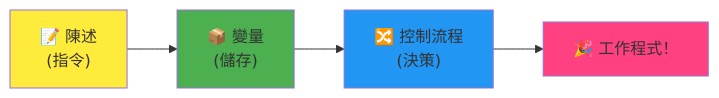
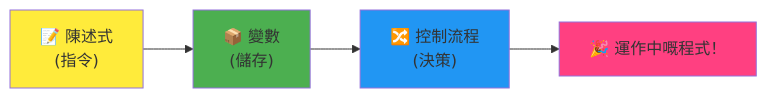
The fourth of 7 diagrams in translations/zh-HK/1-getting-started-lessons/1-intro-to-programming-languages/README.md (microsoft/Web-Dev-For-Beginners), drawn with Mermaid before and after one commit. The commit also changed other lines of this file and 11 other files, not shown here.

````diff
--- a/translations/zh-HK/1-getting-started-lessons/1-intro-to-programming-languages/README.md
+++ b/translations/zh-HK/1-getting-started-lessons/1-intro-to-programming-languages/README.md
@@ -467,9 +466,9 @@
 ```mermaid
 flowchart LR
-    A["📝 陳述<br/>(指令)"] --> B["📦 變量<br/>(儲存)"] --> C["🔀 控制流程<br/>(決策)"] --> D["🎉 工作程式！"]
+    A["📝 陳述式<br/>(指令)"] --> B["📦 變數<br/>(儲存)"] --> C["🔀 控制流程<br/>(決策)"] --> D["🎉 運作中嘅程式！"]
     
     style A fill:#ffeb3b
     style B fill:#4caf50
     style C fill:#2196f3
     style D fill:#ff4081
 ```
````
